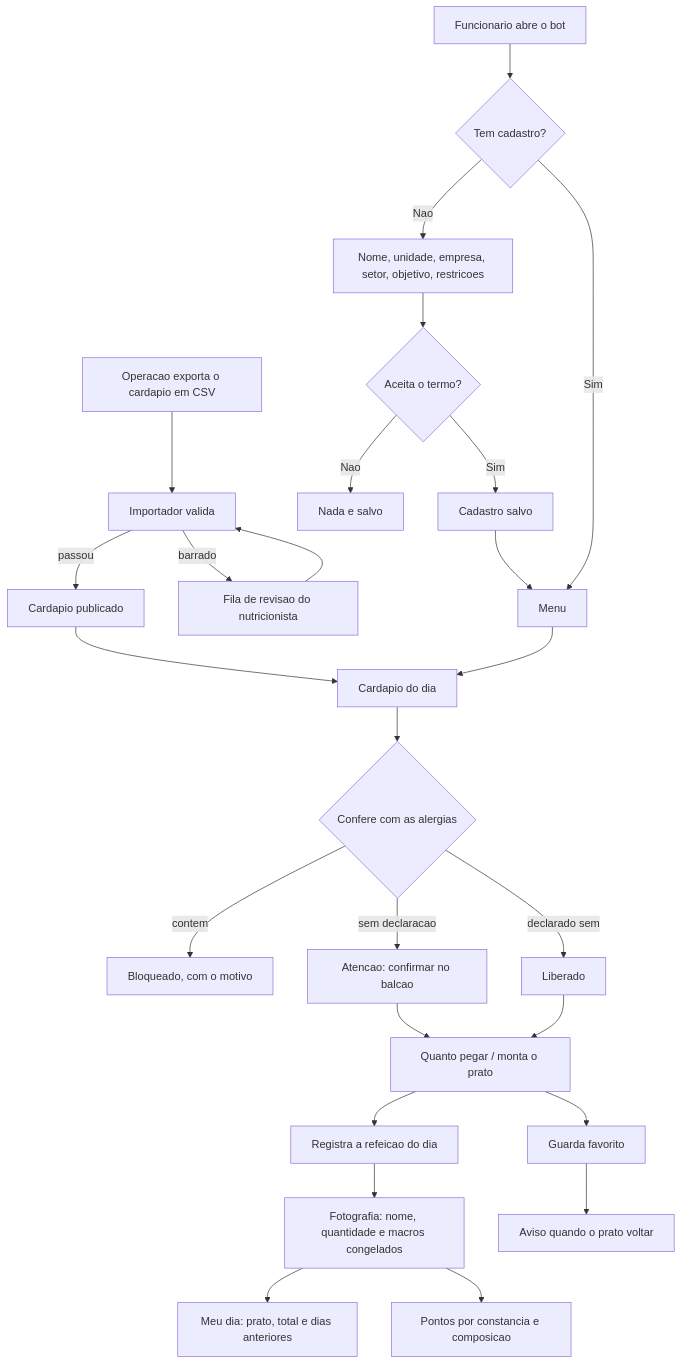
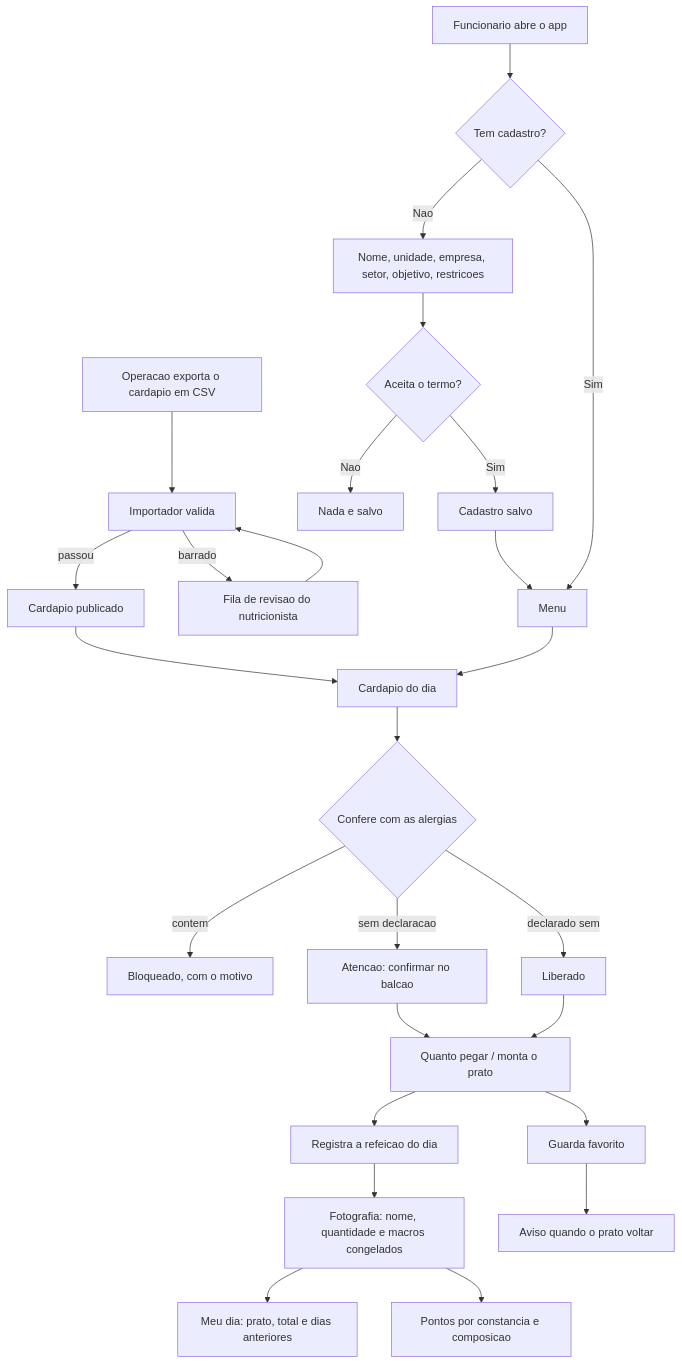
One commit to VmaffeiDev/ApetitFoodBot changed the diagram in README.md. Above: the diagram before and after it, drawn with Mermaid. The commit also changed other lines of this file and 2 other files, not shown here.

First line of the commit message:
README sem o bot, e um 500 que so aparecia rodando o servidor

````diff
--- a/README.md
+++ b/README.md
@@ -1227,31 +1193,31 @@
 ```mermaid
 flowchart TD
     A["Operacao exporta o cardapio em CSV"] --> B["Importador valida"]
     B -->|"passou"| C["Cardapio publicado"]
     B -->|"barrado"| D["Fila de revisao do nutricionista"]
     D --> B
 
-    E["Funcionario abre o bot"] --> F{Tem cadastro?}
+    E["Funcionario abre o app"] --> F{Tem cadastro?}
     F -- Nao --> G["Nome, unidade, empresa, setor, objetivo, restricoes"]
     G --> H{Aceita o termo?}
     H -- Nao --> X["Nada e salvo"]
     H -- Sim --> I["Cadastro salvo"]
     F -- Sim --> J["Menu"]
     I --> J
 
     C --> K["Cardapio do dia"]
     J --> K
     K --> L{Confere com as alergias}
     L -->|"contem"| M["Bloqueado, com o motivo"]
     L -->|"sem declaracao"| N["Atencao: confirmar no balcao"]
     L -->|"declarado sem"| O["Liberado"]
 
     N --> P["Quanto pegar / monta o prato"]
     O --> P
     P --> Q["Registra a refeicao do dia"]
     Q --> R["Fotografia: nome, quantidade e macros congelados"]
     R --> U["Meu dia: prato, total e dias anteriores"]
     R --> V["Pontos por constancia e composicao"]
     P --> S["Guarda favorito"]
     S --> T["Aviso quando o prato voltar"]
 ```
````
